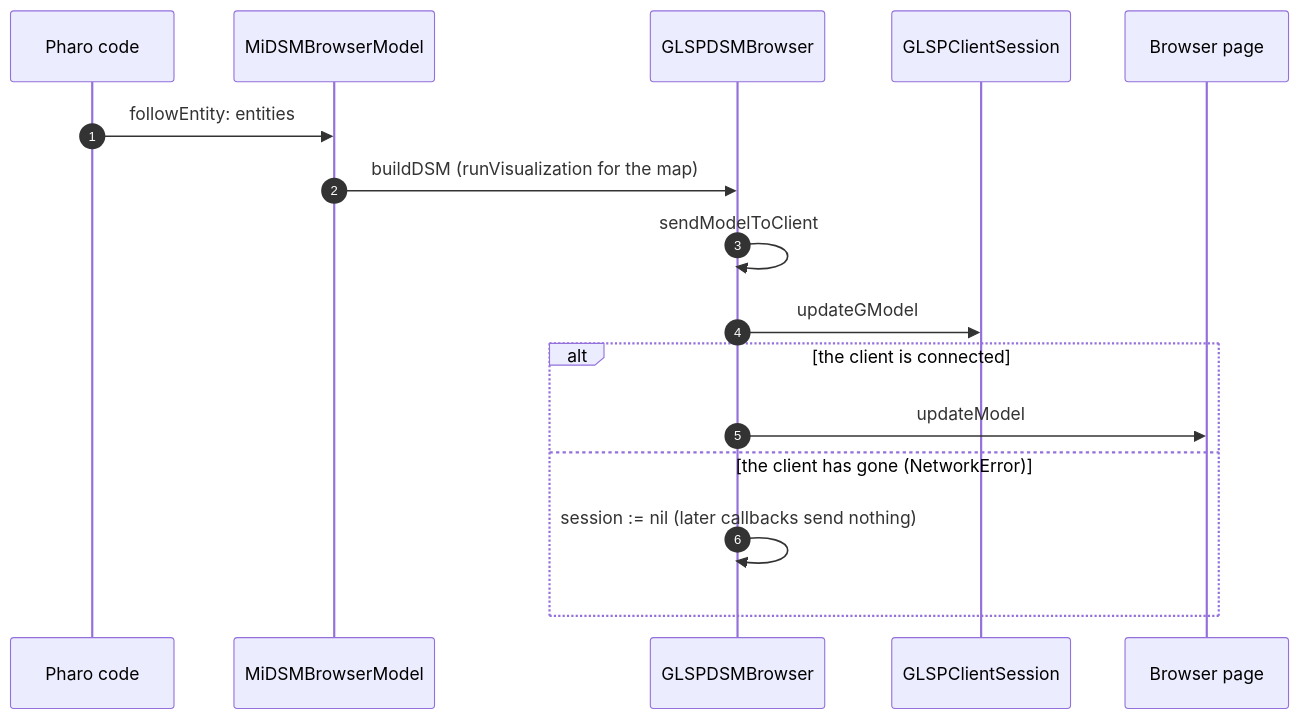
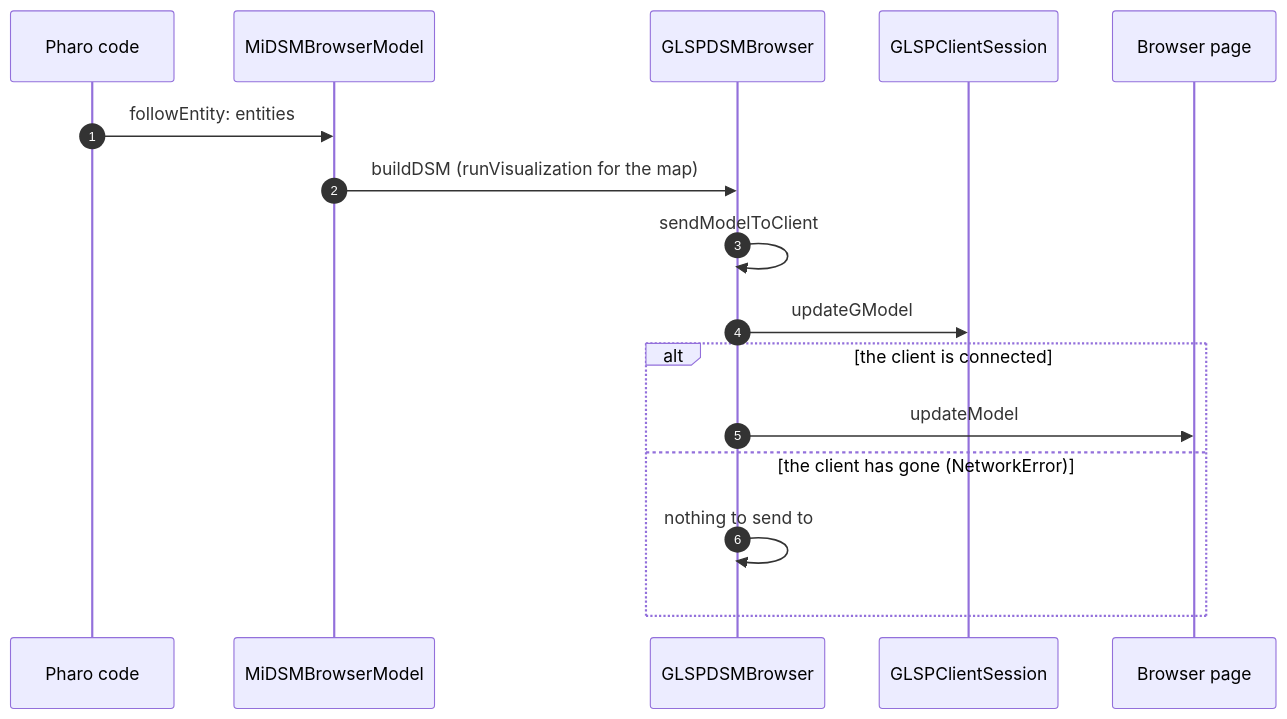
The third of 3 diagrams in documentation/GLSP-diagrams.md (NicolasAnquetil/Midas), drawn with Mermaid before and after one commit. The commit also changed other lines of this file and 5 other files, not shown here.

First line of the commit message:
refactor: GLSP diagrams, a browser always has its session

````diff
--- a/documentation/GLSP-diagrams.md
+++ b/documentation/GLSP-diagrams.md
@@ -168,19 +164,19 @@
 ```mermaid
 sequenceDiagram
     autonumber
     participant Code as Pharo code
     participant Model as MiDSMBrowserModel
     participant Browser as GLSPDSMBrowser
     participant Session as GLSPClientSession
     participant Page as Browser page
 
     Code->>Model: followEntity: entities
     Model->>Browser: buildDSM (runVisualization for the map)
     Browser->>Browser: sendModelToClient
     Browser->>Session: updateGModel
     alt the client is connected
         Browser->>Page: updateModel
     else the client has gone (NetworkError)
-        Browser->>Browser: session := nil (later callbacks send nothing)
+        Browser->>Browser: nothing to send to
     end
 ```
````
